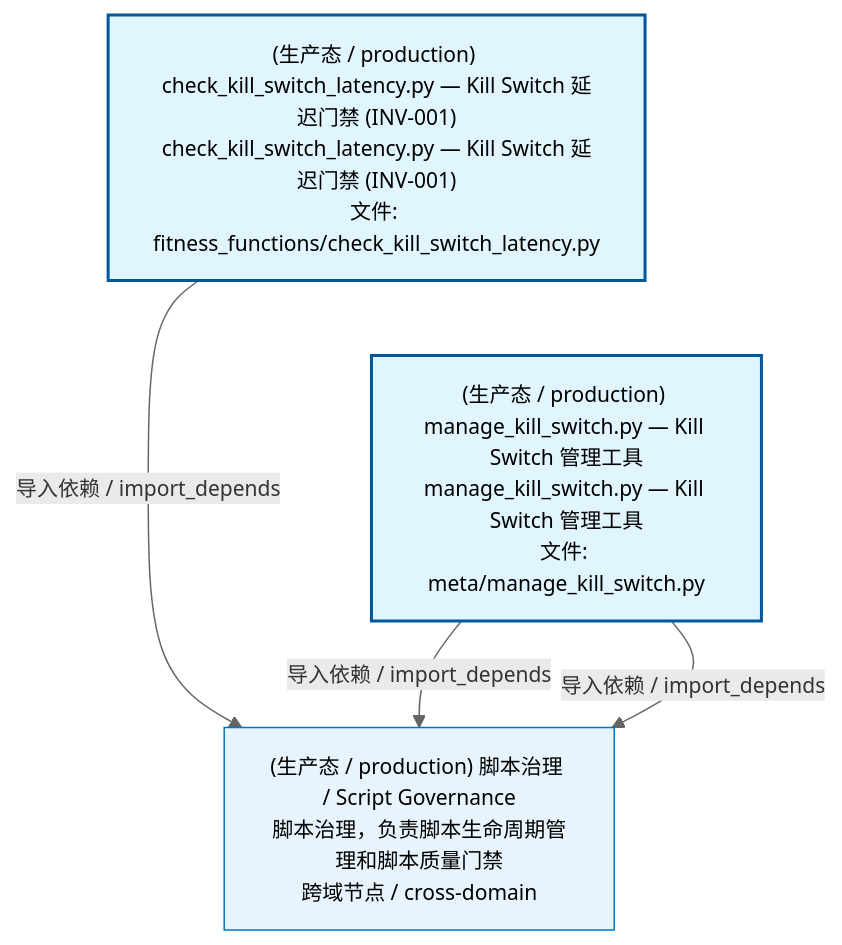
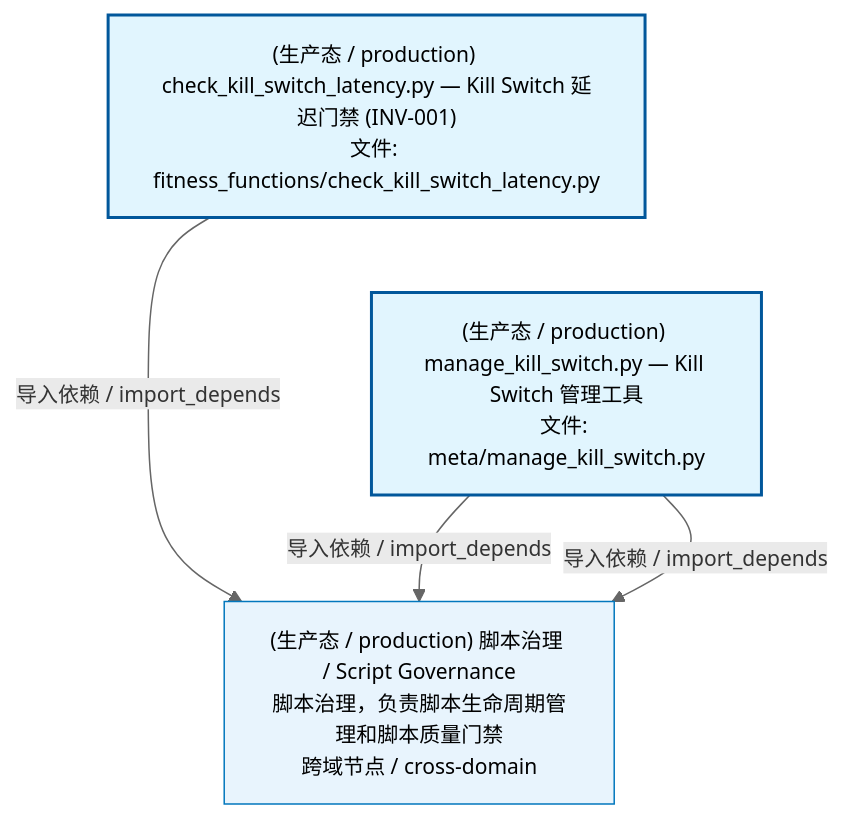
Before and after one commit to xuanFelixVan/ZephyrAlpha: the first of 3 diagrams in docs/02_enterprise_architecture/02_domain_architecture_docs/34_d_autonomy_perm.md, drawn with Mermaid. The commit also changed other lines of this file and 77 other files, not shown here.

````diff
--- a/docs/02_enterprise_architecture/02_domain_architecture_docs/34_d_autonomy_perm.md
+++ b/docs/02_enterprise_architecture/02_domain_architecture_docs/34_d_autonomy_perm.md
@@ -53,17 +53,17 @@
 ```mermaid
 %%{init: {'theme': 'base', 'themeVariables': {'primaryColor': '#eaeaea', 'primaryTextColor': '#333333', 'primaryBorderColor': '#666666', 'lineColor': '#666666', 'secondaryColor': '#eaeaea', 'tertiaryColor': '#eaeaea', 'fontSize': '14px'}}}%%
 flowchart TD
-    scripts_arch_guard_fitness_functions_check_kill_switch_latency_py["(生产态 / production) check_kill_switch_latency.py — Kill Switch 延迟门禁 (INV-001)<br/>check_kill_switch_latency.py — Kill Switch 延迟门禁 (INV-001)<br/>文件: fitness_functions/check_kill_switch_latency.py"]
-    scripts_governance_meta_manage_kill_switch_py["(生产态 / production) manage_kill_switch.py — Kill Switch 管理工具<br/>manage_kill_switch.py — Kill Switch 管理工具<br/>文件: meta/manage_kill_switch.py"]
+    scripts_arch_guard_fitness_functions_check_kill_switch_latency_py["(生产态 / production) check_kill_switch_latency.py — Kill Switch 延迟门禁 (INV-001)<br/>文件: fitness_functions/check_kill_switch_latency.py"]
+    scripts_governance_meta_manage_kill_switch_py["(生产态 / production) manage_kill_switch.py — Kill Switch 管理工具<br/>文件: meta/manage_kill_switch.py"]
     scripts_arch_guard_fitness_functions_check_kill_switch_latency_py ~~~ scripts_governance_meta_manage_kill_switch_py
     D_GOV_SCRIPTS["(生产态 / production) 脚本治理 / Script Governance<br/>脚本治理，负责脚本生命周期管理和脚本质量门禁<br/>跨域节点 / cross-domain"]
     scripts_arch_guard_fitness_functions_check_kill_switch_latency_py -->|导入依赖 / import_depends| D_GOV_SCRIPTS
     scripts_governance_meta_manage_kill_switch_py -->|导入依赖 / import_depends| D_GOV_SCRIPTS
     scripts_governance_meta_manage_kill_switch_py -->|导入依赖 / import_depends| D_GOV_SCRIPTS
     classDef production fill:#e1f5fe,stroke:#01579b,stroke-width:2px,color:#000
     classDef design fill:#fff3e0,stroke:#e65100,stroke-width:2px,color:#000,stroke-dasharray: 5 5
     classDef external_prod fill:#e8f4fd,stroke:#0277bd,stroke-width:1px,color:#000
     classDef external_design fill:#fff8e7,stroke:#ef6c00,stroke-width:1px,color:#000,stroke-dasharray: 5 5
     class scripts_arch_guard_fitness_functions_check_kill_switch_latency_py,scripts_governance_meta_manage_kill_switch_py production
     class D_GOV_SCRIPTS external_prod
 ```
````
